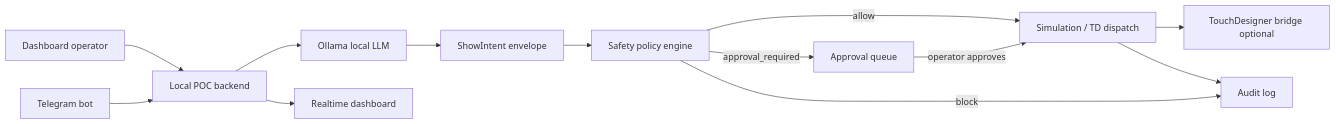
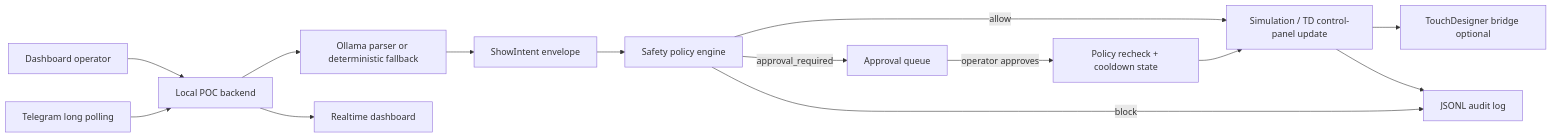
The diagram in docs/AI_PARTY_POC.md (Pantani/tdmcp), drawn with Mermaid before and after one commit. The commit also changed other lines of this file and 6 other files, not shown here.

````diff
--- a/docs/AI_PARTY_POC.md
+++ b/docs/AI_PARTY_POC.md
@@ -9,15 +15,16 @@
 ```mermaid
 flowchart LR
   Operator["Dashboard operator"] --> Backend["Local POC backend"]
-  Telegram["Telegram bot"] --> Backend
-  Backend --> Ollama["Ollama local LLM"]
-  Ollama --> Intent["ShowIntent envelope"]
+  Telegram["Telegram long polling"] --> Backend
+  Backend --> Parser["Ollama parser or deterministic fallback"]
+  Parser --> Intent["ShowIntent envelope"]
   Intent --> Policy["Safety policy engine"]
-  Policy -->|allow| Dispatch["Simulation / TD dispatch"]
+  Policy -->|allow| Dispatch["Simulation / TD control-panel update"]
   Policy -->|approval_required| Queue["Approval queue"]
-  Queue -->|operator approves| Dispatch
-  Policy -->|block| Audit["Audit log"]
+  Queue -->|operator approves| Recheck["Policy recheck + cooldown state"]
+  Recheck --> Dispatch
+  Policy -->|block| Audit["JSONL audit log"]
   Dispatch --> TD["TouchDesigner bridge optional"]
   Dispatch --> Audit
   Backend --> Dashboard["Realtime dashboard"]
 ```
````
